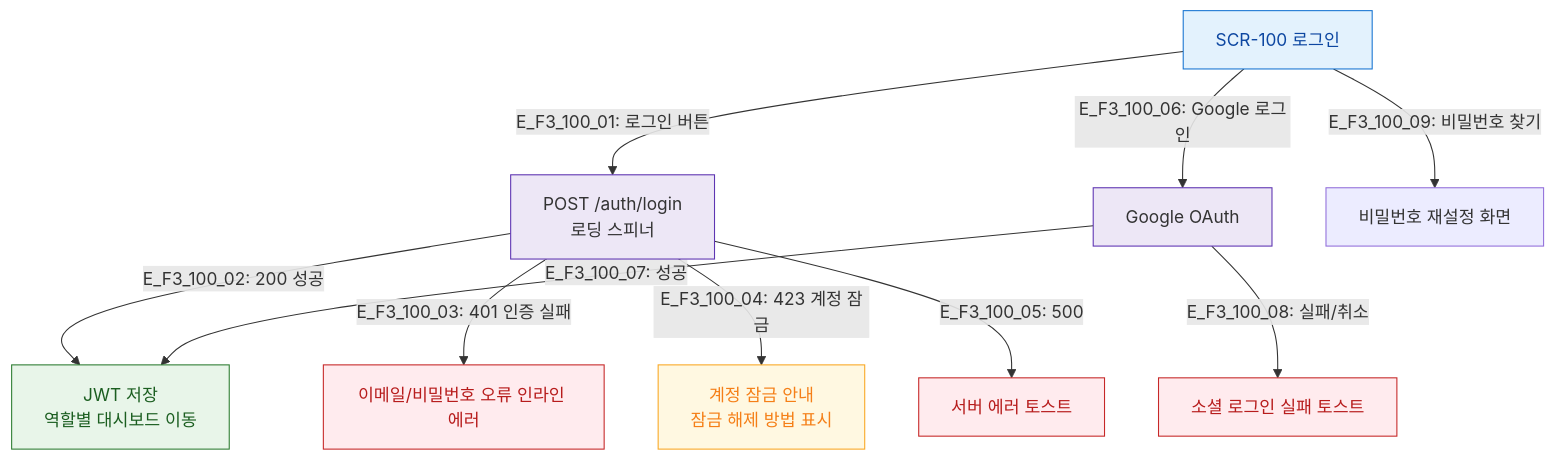
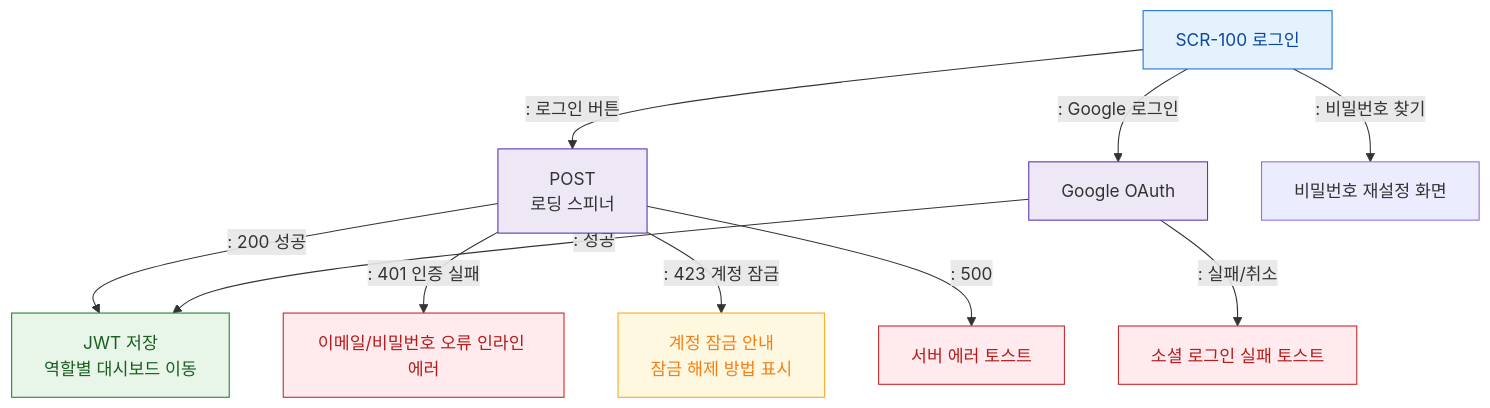
One commit to dev-spogym/admin-pando changed the diagram in docs/다이어그램/D10_본사관리/SCR-100_로그인/F3_버튼액션.md. Above: the diagram before and after it, drawn with Mermaid. The commit also changed other lines of this file and 1660 other files, not shown here.

First line of the commit message:
다이어그램: 기획자/클라이언트 납품본으로 정리

````diff
--- a/docs/다이어그램/D10_본사관리/SCR-100_로그인/F3_버튼액션.md
+++ b/docs/다이어그램/D10_본사관리/SCR-100_로그인/F3_버튼액션.md
@@ -14,27 +12,27 @@
 ```mermaid
 flowchart TD
     SCR100[SCR-100 로그인]
 
-    SCR100 -->|"E_F3_100_01: 로그인 버튼"| LoginReq[POST /auth/login\n로딩 스피너]
-    LoginReq -->|"E_F3_100_02: 200 성공"| LoginOK[JWT 저장\n역할별 대시보드 이동]
-    LoginReq -->|"E_F3_100_03: 401 인증 실패"| E_Auth[이메일/비밀번호 오류 인라인 에러]
-    LoginReq -->|"E_F3_100_04: 423 계정 잠금"| E_Locked[계정 잠금 안내\n잠금 해제 방법 표시]
-    LoginReq -->|"E_F3_100_05: 500"| E_Server[서버 에러 토스트]
+    SCR100 -->|": 로그인 버튼"|LoginReq[POST \n로딩 스피너]
+    LoginReq -->|": 200 성공"|LoginOK[JWT 저장\n역할별 대시보드 이동]
+    LoginReq -->|": 401 인증 실패"|E_Auth[이메일/비밀번호 오류 인라인 에러]
+    LoginReq -->|": 423 계정 잠금"|E_Locked[계정 잠금 안내\n잠금 해제 방법 표시]
+    LoginReq -->|": 500"|E_Server[서버 에러 토스트]
 
-    SCR100 -->|"E_F3_100_06: Google 로그인"| GoogleReq[Google OAuth]
-    GoogleReq -->|"E_F3_100_07: 성공"| LoginOK
-    GoogleReq -->|"E_F3_100_08: 실패/취소"| E_Social[소셜 로그인 실패 토스트]
+    SCR100 -->|": Google 로그인"|GoogleReq[Google OAuth]
+    GoogleReq -->|": 성공"|LoginOK
+    GoogleReq -->|": 실패/취소"|E_Social[소셜 로그인 실패 토스트]
 
-    SCR100 -->|"E_F3_100_09: 비밀번호 찾기"| ForgotNav[비밀번호 재설정 화면]
+    SCR100 -->|": 비밀번호 찾기"|ForgotNav[비밀번호 재설정 화면]
 
     classDef screen fill:#E3F2FD,stroke:#1976D2,color:#0D47A1
     classDef success fill:#E8F5E9,stroke:#2E7D32,color:#1B5E20
     classDef error fill:#FFEBEE,stroke:#C62828,color:#B71C1C
     classDef warning fill:#FFF8E1,stroke:#F9A825,color:#F57F17
     classDef system fill:#EDE7F6,stroke:#5E35B2
     class SCR100 screen
     class LoginOK success
     class E_Auth,E_Server,E_Social error
     class E_Locked warning
     class LoginReq,GoogleReq system
 ```
````
